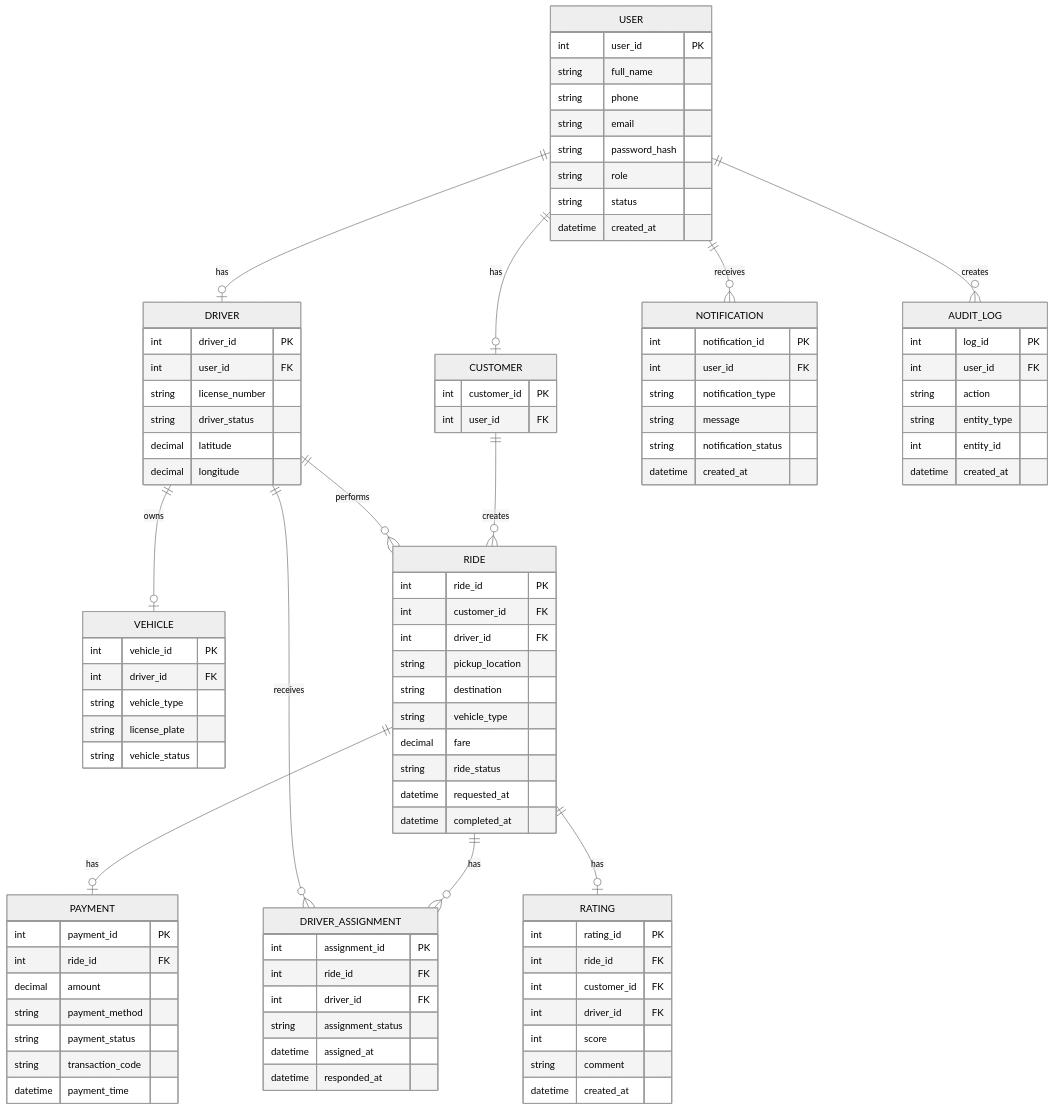
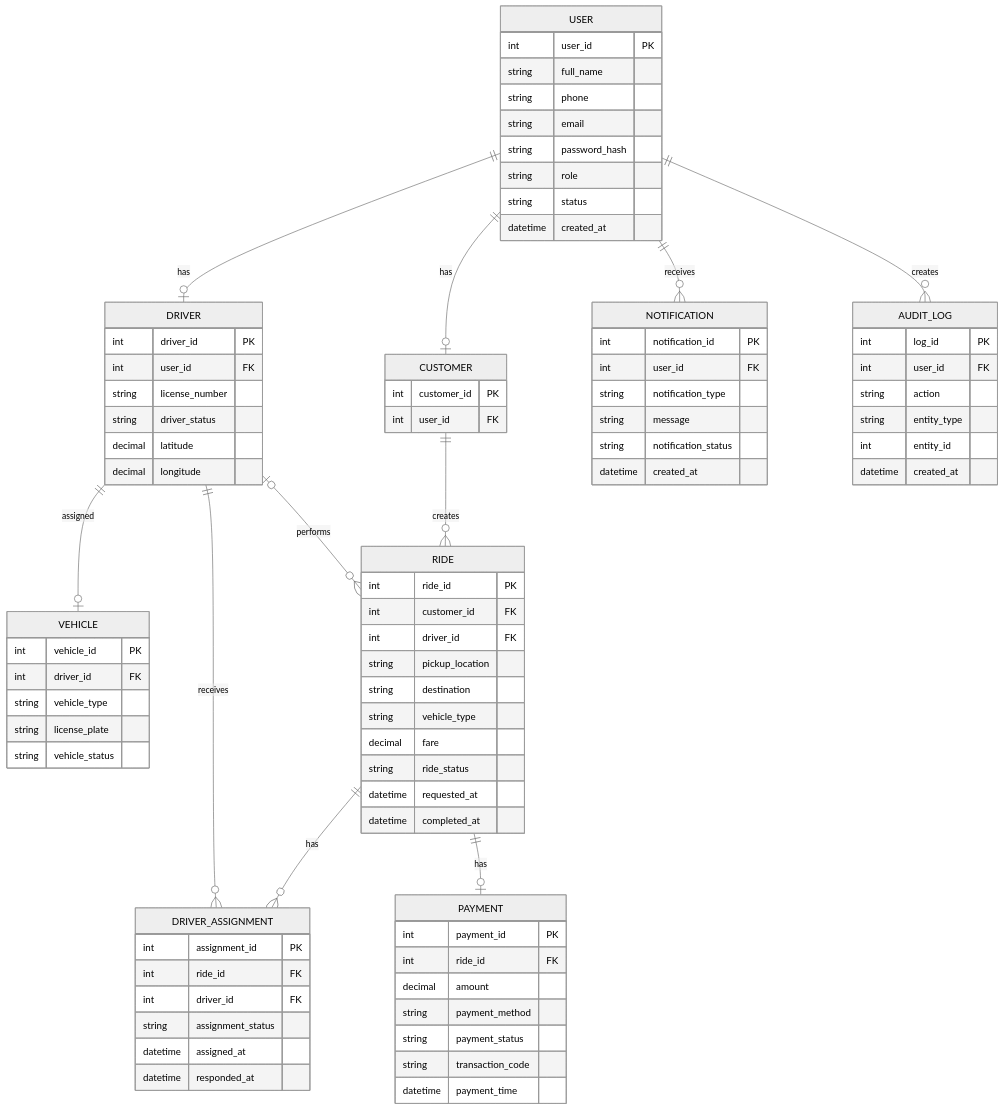
Before and after one commit to tuyetsang-sun/23663021_DaoThiTuyetSang_CABSYSTEM: the tenth of 11 diagrams in SRS.md, drawn with Mermaid (neutral theme). The commit also changed other lines of this file, not shown here.

```diff
--- a/SRS.md
+++ b/SRS.md
@@ -945,16 +1952,15 @@
     USER ||--o| CUSTOMER : has
     USER ||--o| DRIVER : has
 
-    DRIVER ||--o| VEHICLE : owns
+    DRIVER ||--o| VEHICLE : assigned
 
     CUSTOMER ||--o{ RIDE : creates
-    DRIVER ||--o{ RIDE : performs
+    DRIVER o|--o{ RIDE : performs
 
     RIDE ||--o{ DRIVER_ASSIGNMENT : has
     DRIVER ||--o{ DRIVER_ASSIGNMENT : receives
 
     RIDE ||--o| PAYMENT : has
-    RIDE ||--o| RATING : has
 
     USER ||--o{ NOTIFICATION : receives
     USER ||--o{ AUDIT_LOG : creates
@@ -1024,16 +2030,6 @@
         datetime payment_time
     }
 
-    RATING {
-        int rating_id PK
-        int ride_id FK
-        int customer_id FK
-        int driver_id FK
-        int score
-        string comment
-        datetime created_at
-    }
-
     NOTIFICATION {
         int notification_id PK
         int user_id FK
```
